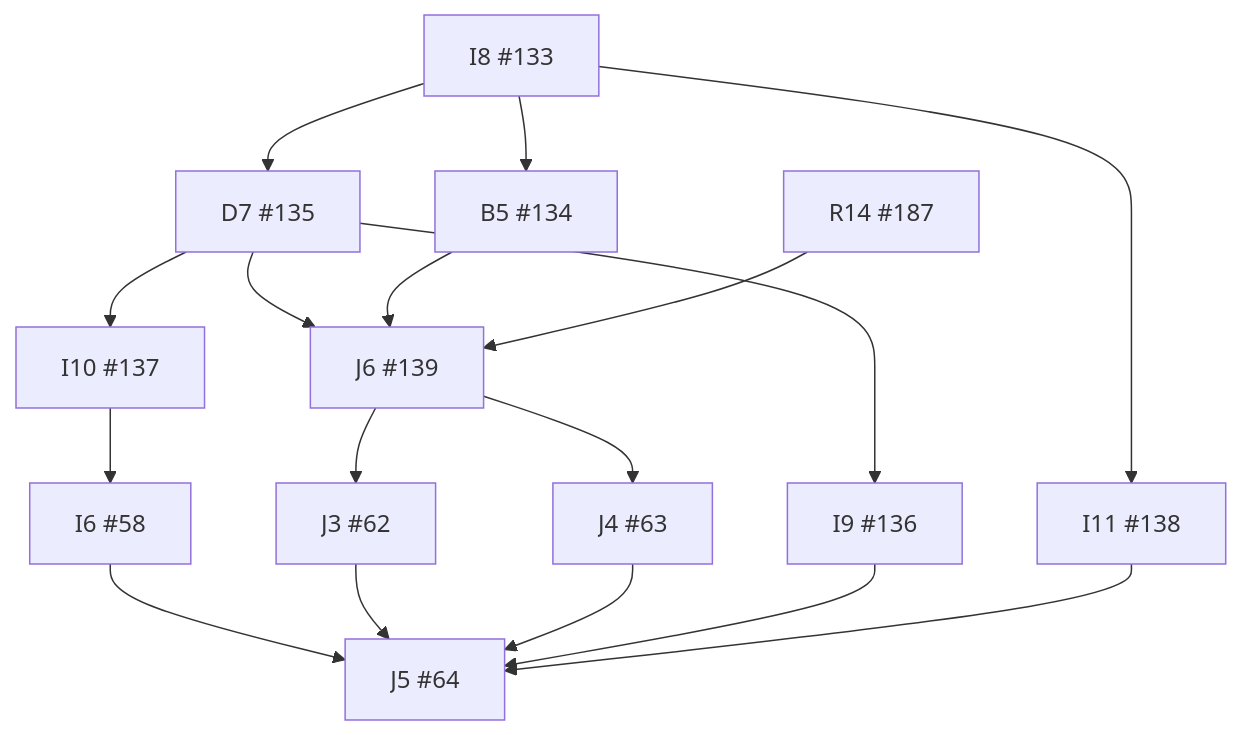
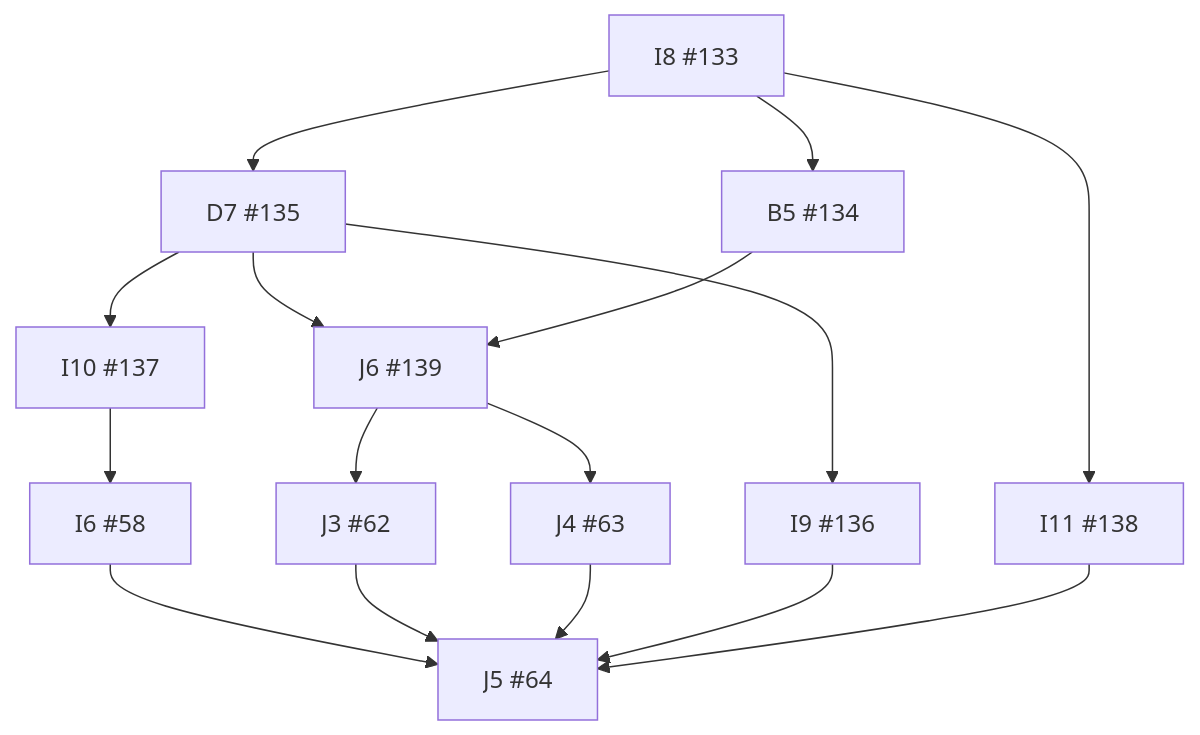
Before and after one commit to wojtekpiskorz/kiero: the diagram in docs/implementation/dependency-graph.md, drawn with Mermaid. The commit also changed other lines of this file and 3 other files, not shown here.

````diff
--- a/docs/implementation/dependency-graph.md
+++ b/docs/implementation/dependency-graph.md
@@ -9,31 +9,29 @@
 ```mermaid
 flowchart TD
   I6["I6 #58"]
   J3["J3 #62"]
   J4["J4 #63"]
   J5["J5 #64"]
   I8["I8 #133"]
   B5["B5 #134"]
   D7["D7 #135"]
   I9["I9 #136"]
   I10["I10 #137"]
   I11["I11 #138"]
   J6["J6 #139"]
-  R14["R14 #187"]
   I10 --> I6
   J6 --> J3
   J6 --> J4
   I6 --> J5
   J3 --> J5
   J4 --> J5
   I9 --> J5
   I11 --> J5
   I8 --> B5
   I8 --> D7
   D7 --> I9
   D7 --> I10
   I8 --> I11
   D7 --> J6
   B5 --> J6
-  R14 --> J6
 ```
````
